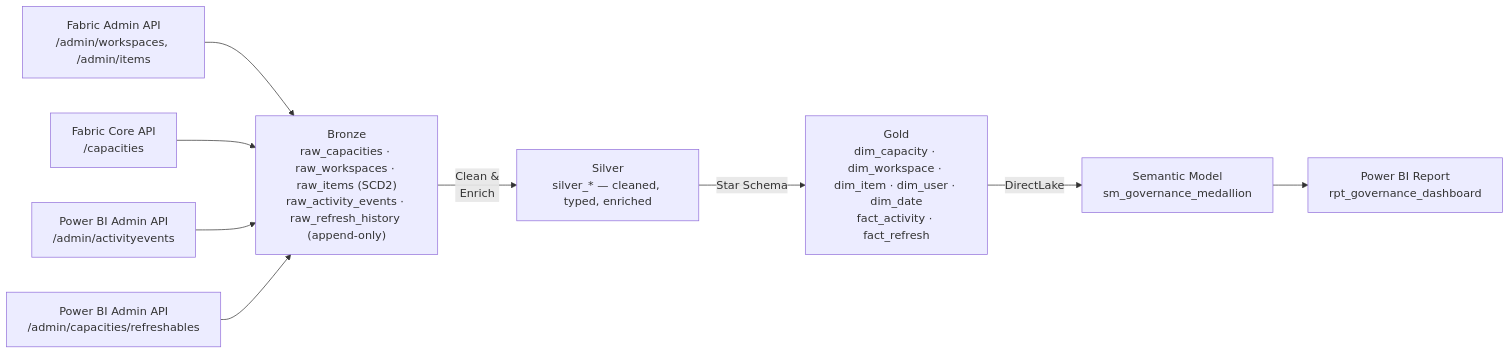
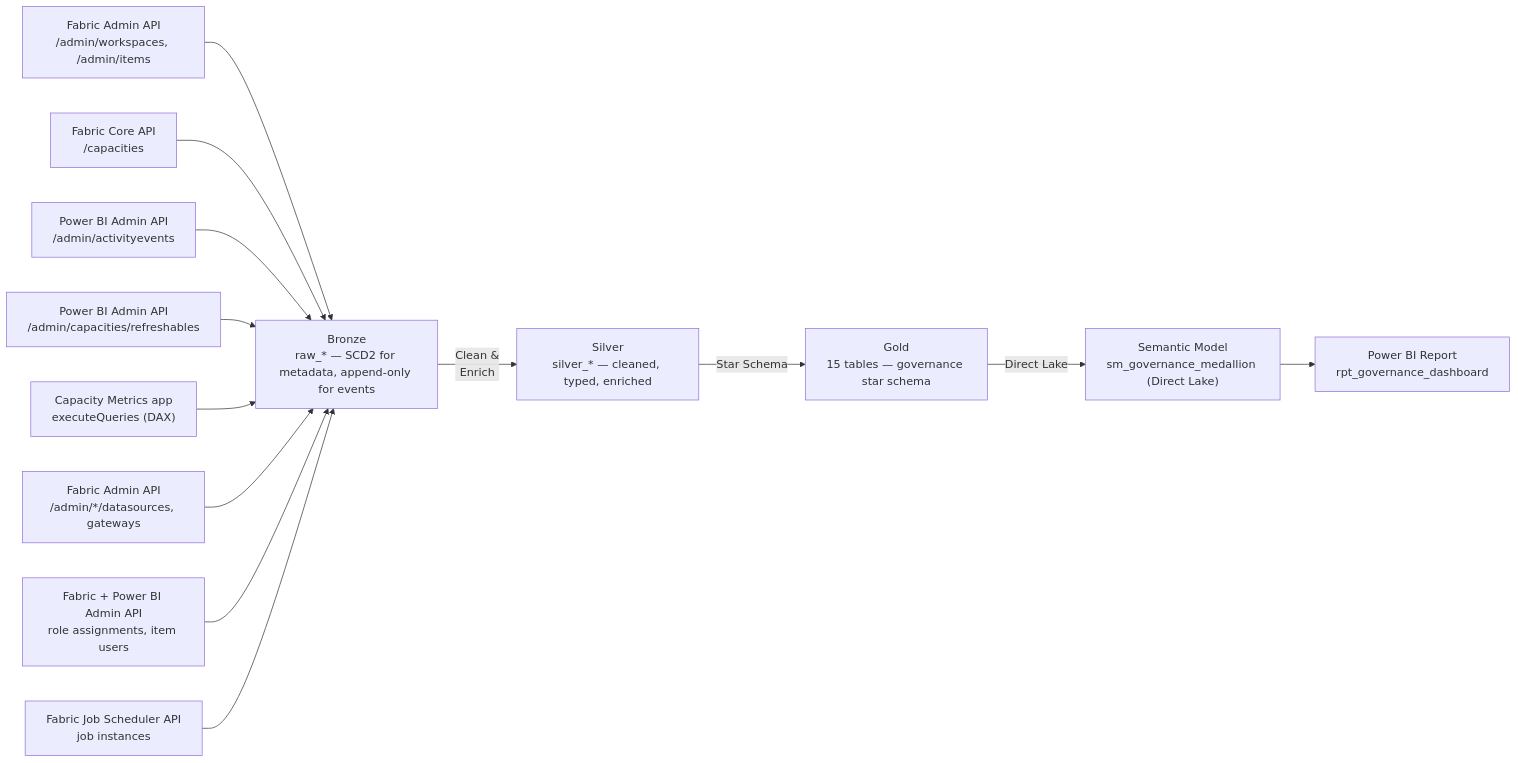
The diagram in README.md (amxavier/fabric-governance), drawn with Mermaid before and after one commit. The commit also changed other lines of this file, not shown here.

````diff
--- a/README.md
+++ b/README.md
@@ -17,22 +27,30 @@
 ```mermaid
 flowchart LR
     ADM["Fabric Admin API\n/admin/workspaces, /admin/items"]
     CAP["Fabric Core API\n/capacities"]
     AE["Power BI Admin API\n/admin/activityevents"]
     RH["Power BI Admin API\n/admin/capacities/refreshables"]
+    CM["Capacity Metrics app\nexecuteQueries (DAX)"]
+    GW["Fabric Admin API\n/admin/*/datasources, gateways"]
+    PERM["Fabric + Power BI Admin API\nrole assignments, item users"]
+    JOB["Fabric Job Scheduler API\njob instances"]
 
-    B["Bronze\nraw_capacities · raw_workspaces · raw_items (SCD2)\nraw_activity_events · raw_refresh_history (append-only)"]
+    B["Bronze\nraw_* — SCD2 for metadata, append-only for events"]
     S["Silver\nsilver_* — cleaned, typed, enriched"]
-    G["Gold\ndim_capacity · dim_workspace · dim_item · dim_user · dim_date\nfact_activity · fact_refresh"]
-    SM["Semantic Model\nsm_governance_medallion"]
+    G["Gold\n15 tables — governance star schema"]
+    SM["Semantic Model\nsm_governance_medallion (Direct Lake)"]
     PBI["Power BI Report\nrpt_governance_dashboard"]
 
     ADM --> B
     CAP --> B
     AE --> B
     RH --> B
+    CM --> B
+    GW --> B
+    PERM --> B
+    JOB --> B
     B -->|"Clean &\nEnrich"| S
     S -->|"Star Schema"| G
-    G -->|"DirectLake"| SM
+    G -->|"Direct Lake"| SM
     SM --> PBI
 ```
````
